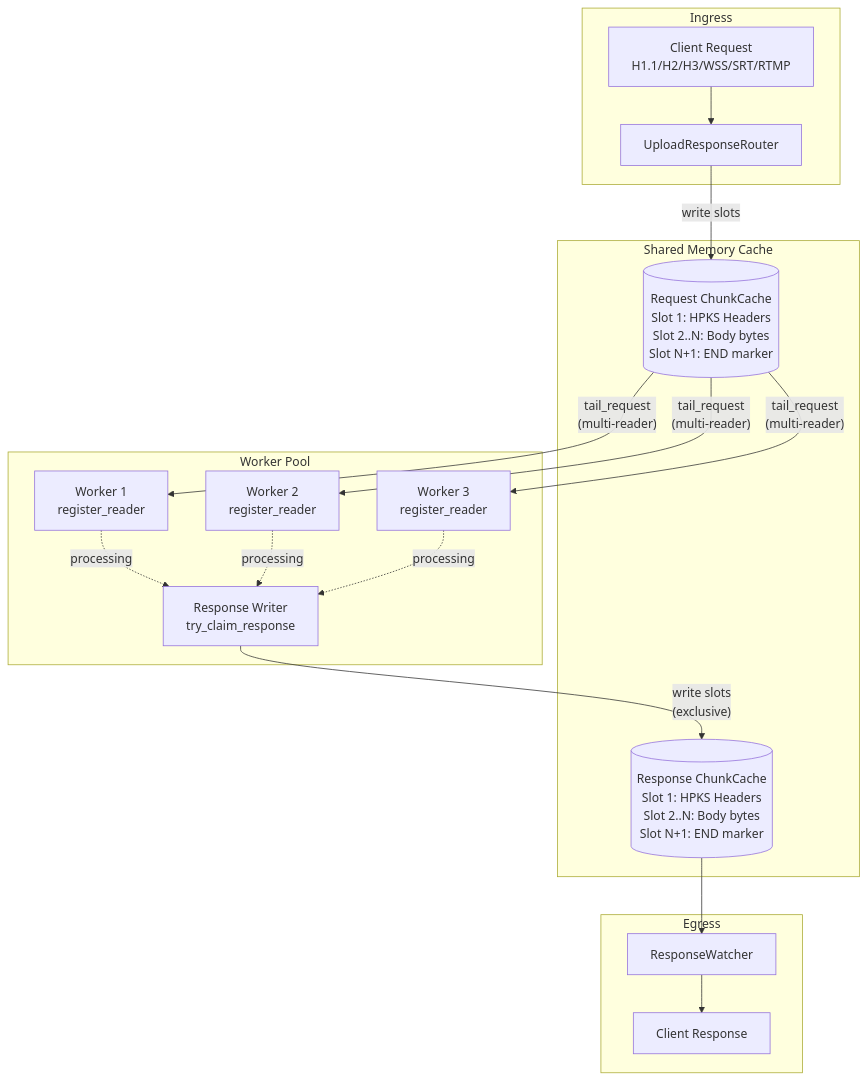
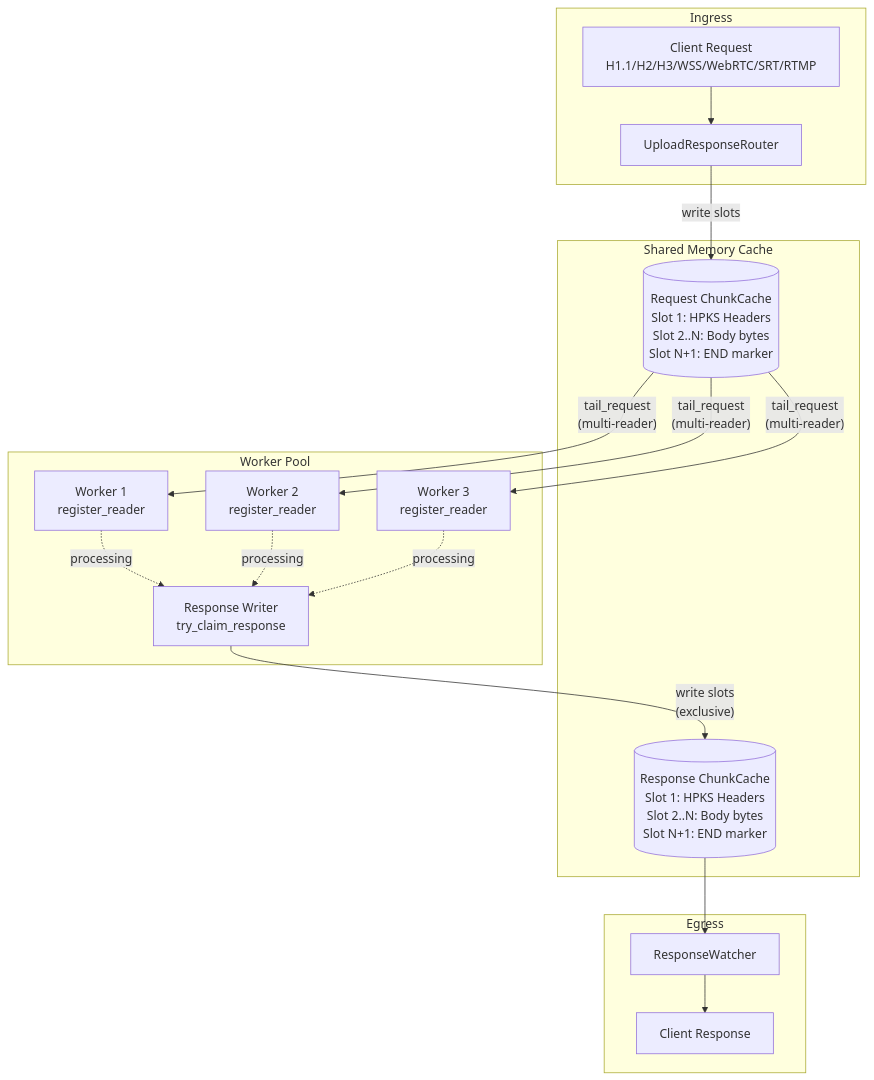
One commit to wavey-ai/web-services changed the diagram in upload-response/README.md. Above: the diagram before and after it, drawn with Mermaid. The commit also changed other lines of this file, not shown here.

Commit message:
README: Add WebRTC to supported protocols and benchmarks

````diff
--- a/upload-response/README.md
+++ b/upload-response/README.md
@@ -18,36 +19,36 @@
 ```mermaid
 flowchart TB
     subgraph Ingress
-        Client[Client Request<br/>H1.1/H2/H3/WSS/SRT/RTMP]
+        Client[Client Request<br/>H1.1/H2/H3/WSS/WebRTC/SRT/RTMP]
         Router[UploadResponseRouter]
     end
 
     subgraph Cache["Shared Memory Cache"]
         ReqCache[(Request ChunkCache<br/>Slot 1: HPKS Headers<br/>Slot 2..N: Body bytes<br/>Slot N+1: END marker)]
         RespCache[(Response ChunkCache<br/>Slot 1: HPKS Headers<br/>Slot 2..N: Body bytes<br/>Slot N+1: END marker)]
     end
 
     subgraph Workers["Worker Pool"]
         W1[Worker 1<br/>register_reader]
         W2[Worker 2<br/>register_reader]
         W3[Worker 3<br/>register_reader]
         Writer[Response Writer<br/>try_claim_response]
     end
 
     subgraph Egress
         Watcher[ResponseWatcher]
         Response[Client Response]
     end
 
     Client --> Router
     Router -->|"write slots"| ReqCache
     ReqCache -->|"tail_request<br/>(multi-reader)"| W1
     ReqCache -->|"tail_request<br/>(multi-reader)"| W2
     ReqCache -->|"tail_request<br/>(multi-reader)"| W3
     W1 -.->|"processing"| Writer
     W2 -.->|"processing"| Writer
     W3 -.->|"processing"| Writer
     Writer -->|"write slots<br/>(exclusive)"| RespCache
     RespCache --> Watcher
     Watcher --> Response
 ```
````
